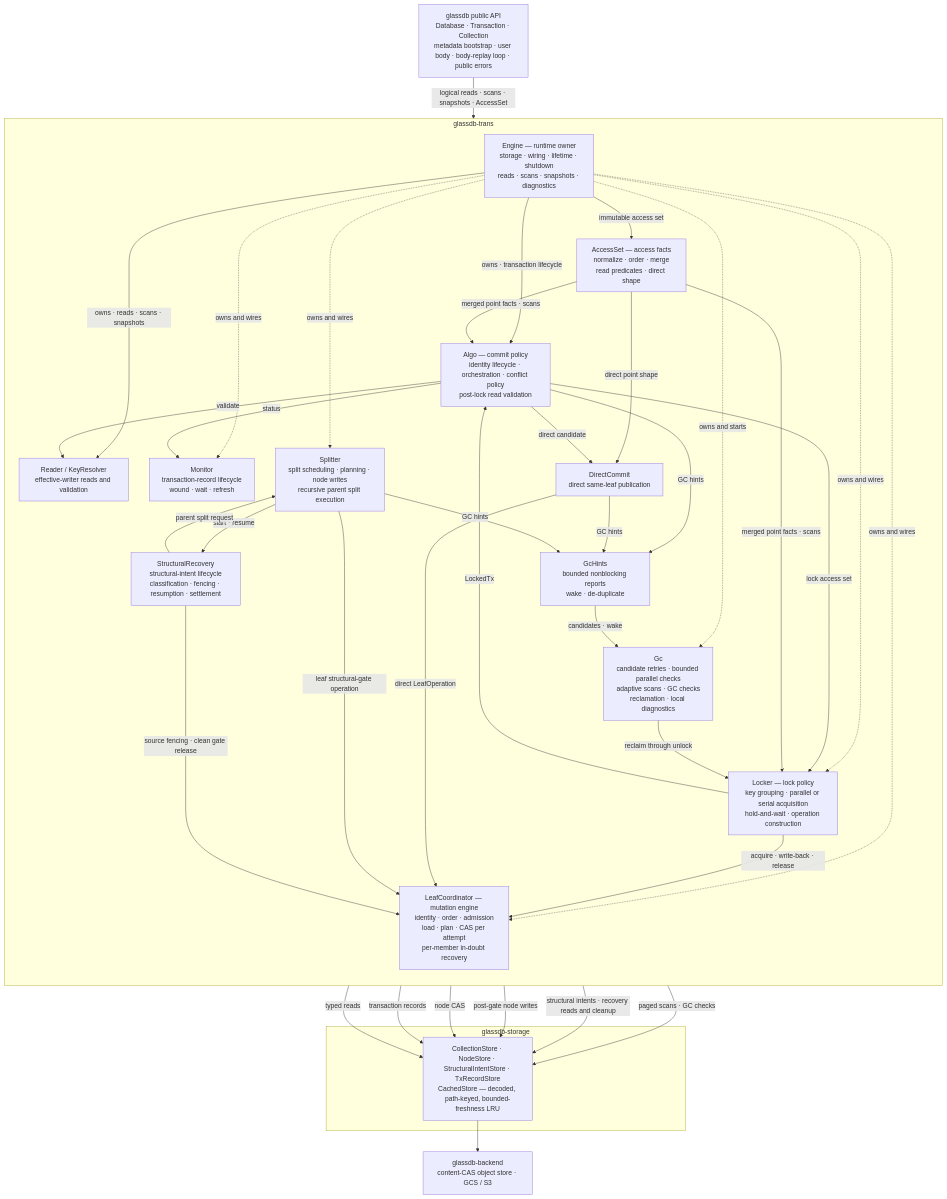
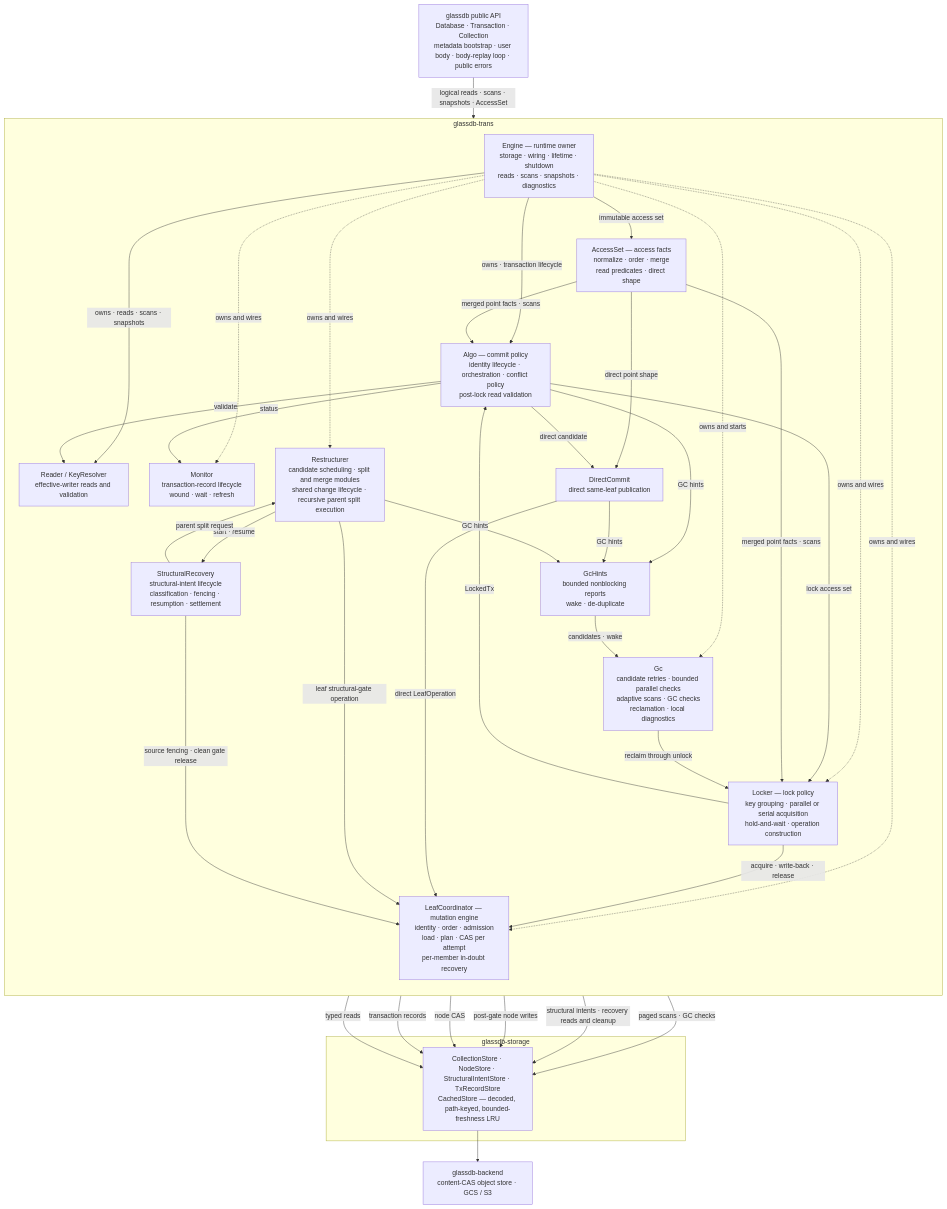
Before and after one commit to mbrt/glassdb-rs: the first of 3 diagrams in docs/architecture.md, drawn with Mermaid. The commit also changed other lines of this file and 67 other files, not shown here.

First line of the commit message:
feat(structural)!: Implement node merge

````diff
--- a/docs/architecture.md
+++ b/docs/architecture.md
@@ -174,63 +175,63 @@
 ```mermaid
 flowchart TD
   API["glassdb public API<br/>Database · Transaction · Collection<br/>metadata bootstrap · user body · body-replay loop · public errors"]
 
   subgraph TRANS["glassdb-trans"]
     direction TB
     Engine["Engine — runtime owner<br/>storage · wiring · lifetime · shutdown<br/>reads · scans · snapshots · diagnostics"]
     Accesses["AccessSet — access facts<br/>normalize · order · merge<br/>read predicates · direct shape"]
     Algo["Algo — commit policy<br/>identity lifecycle · orchestration · conflict policy<br/>post-lock read validation"]
     Reader["Reader / KeyResolver<br/>effective-writer reads and validation"]
     Locker["Locker — lock policy<br/>key grouping · parallel or serial acquisition<br/>hold-and-wait · operation construction"]
     Direct["DirectCommit<br/>direct same-leaf publication"]
     Monitor["Monitor<br/>transaction-record lifecycle<br/>wound · wait · refresh"]
     Hints["GcHints<br/>bounded nonblocking reports<br/>wake · de-duplicate"]
-    Splitter["Splitter<br/>split scheduling · planning · node writes<br/>recursive parent split execution"]
+    Restructurer["Restructurer<br/>candidate scheduling · split and merge modules<br/>shared change lifecycle · recursive parent split execution"]
     Recovery["StructuralRecovery<br/>structural-intent lifecycle<br/>classification · fencing · resumption · settlement"]
     Coord["LeafCoordinator — mutation engine<br/>identity · order · admission<br/>load · plan · CAS per attempt<br/>per-member in-doubt recovery"]
     Gc["Gc<br/>candidate retries · bounded parallel checks<br/>adaptive scans · GC checks<br/>reclamation · local diagnostics"]
 
     Engine -->|"owns · transaction lifecycle"| Algo
     Engine -->|"immutable access set"| Accesses
     Engine -->|"owns · reads · scans · snapshots"| Reader
     Engine -.->|"owns and wires"| Locker
     Engine -.->|"owns and wires"| Monitor
-    Engine -.->|"owns and wires"| Splitter
+    Engine -.->|"owns and wires"| Restructurer
     Engine -.->|"owns and wires"| Coord
     Engine -.->|"owns and starts"| Gc
     Algo -->|"validate"| Reader
     Algo -->|"lock access set"| Locker
     Locker -->|"LockedTx"| Algo
     Algo -->|"status"| Monitor
     Accesses -->|"merged point facts · scans"| Algo
     Accesses -->|"merged point facts · scans"| Locker
     Accesses -->|"direct point shape"| Direct
     Algo -->|"direct candidate"| Direct
     Algo -->|"GC hints"| Hints
     Direct -->|"GC hints"| Hints
-    Splitter -->|"GC hints"| Hints
-    Splitter -->|"start · resume"| Recovery
-    Recovery -->|"parent split request"| Splitter
+    Restructurer -->|"GC hints"| Hints
+    Restructurer -->|"start · resume"| Recovery
+    Recovery -->|"parent split request"| Restructurer
     Hints -->|"candidates · wake"| Gc
     Locker -->|"acquire · write-back · release"| Coord
     Direct -->|"direct LeafOperation"| Coord
-    Splitter -->|"leaf structural-gate operation"| Coord
+    Restructurer -->|"leaf structural-gate operation"| Coord
     Recovery -->|"source fencing · clean gate release"| Coord
     Gc -->|"reclaim through unlock"| Locker
   end
 
   subgraph STORAGE["glassdb-storage"]
     Stores["CollectionStore · NodeStore · StructuralIntentStore · TxRecordStore<br/>CachedStore — decoded, path-keyed, bounded-freshness LRU"]
   end
 
   Backend["glassdb-backend<br/>content-CAS object store · GCS / S3"]
 
   API -->|"logical reads · scans · snapshots · AccessSet"| Engine
   Reader -->|"typed reads"| Stores
   Monitor -->|"transaction records"| Stores
   Coord -->|"node CAS"| Stores
-  Splitter -->|"post-gate node writes"| Stores
+  Restructurer -->|"post-gate node writes"| Stores
   Recovery -->|"structural intents · recovery reads and cleanup"| Stores
   Gc -->|"paged scans · GC checks"| Stores
   Stores --> Backend
 ```
````
